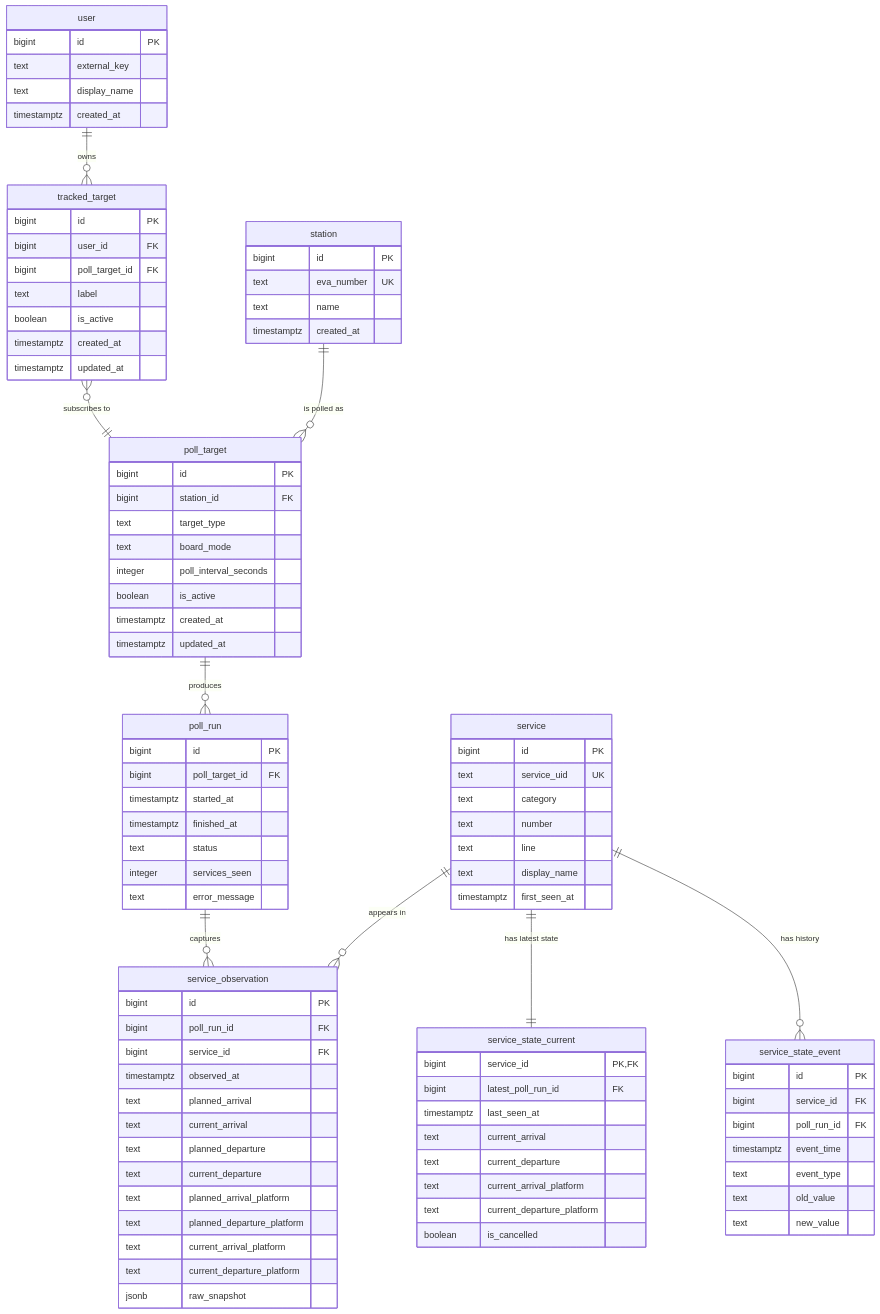
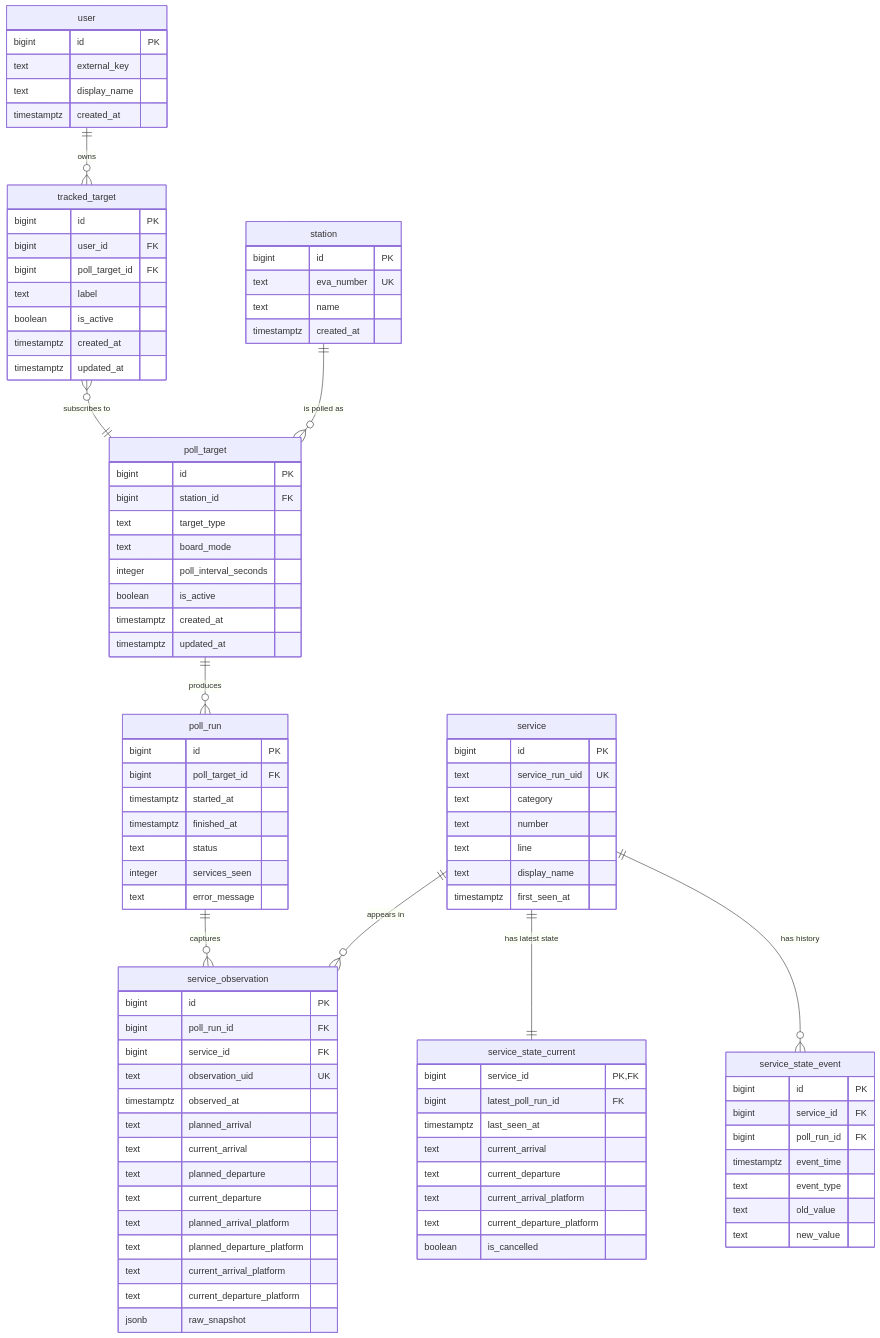
Before and after one commit to huangikaiaa3/bahnops: the diagram in docs/week2-er-diagram-v1.mmd, drawn with Mermaid. The commit also changed 2 other files, not shown here.

Commit message:
Clarify Week 2 service identity model

```diff
--- a/docs/week2-er-diagram-v1.mmd
+++ b/docs/week2-er-diagram-v1.mmd
@@ -1,104 +1,105 @@
 erDiagram
     user ||--o{ tracked_target : "owns"
     tracked_target }o--|| poll_target : "subscribes to"
 
     station ||--o{ poll_target : "is polled as"
     poll_target ||--o{ poll_run : "produces"
 
     poll_run ||--o{ service_observation : "captures"
     service ||--o{ service_observation : "appears in"
 
     service ||--|| service_state_current : "has latest state"
     service ||--o{ service_state_event : "has history"
 
     user {
         bigint id PK
         text external_key
         text display_name
         timestamptz created_at
     }
 
     station {
         bigint id PK
         text eva_number UK
         text name
         timestamptz created_at
     }
 
     poll_target {
         bigint id PK
         bigint station_id FK
         text target_type
         text board_mode
         integer poll_interval_seconds
         boolean is_active
         timestamptz created_at
         timestamptz updated_at
     }
 
     tracked_target {
         bigint id PK
         bigint user_id FK
         bigint poll_target_id FK
         text label
         boolean is_active
         timestamptz created_at
         timestamptz updated_at
     }
 
     poll_run {
         bigint id PK
         bigint poll_target_id FK
         timestamptz started_at
         timestamptz finished_at
         text status
         integer services_seen
         text error_message
     }
 
     service {
         bigint id PK
-        text service_uid UK
+        text service_run_uid UK
         text category
         text number
         text line
         text display_name
         timestamptz first_seen_at
     }
 
     service_observation {
         bigint id PK
         bigint poll_run_id FK
         bigint service_id FK
+        text observation_uid UK
         timestamptz observed_at
         text planned_arrival
         text current_arrival
         text planned_departure
         text current_departure
         text planned_arrival_platform
         text planned_departure_platform
         text current_arrival_platform
         text current_departure_platform
         jsonb raw_snapshot
     }
 
     service_state_current {
         bigint service_id PK, FK
         bigint latest_poll_run_id FK
         timestamptz last_seen_at
         text current_arrival
         text current_departure
         text current_arrival_platform
         text current_departure_platform
         boolean is_cancelled
     }
 
     service_state_event {
         bigint id PK
         bigint service_id FK
         bigint poll_run_id FK
         timestamptz event_time
         text event_type
         text old_value
         text new_value
     }
```
